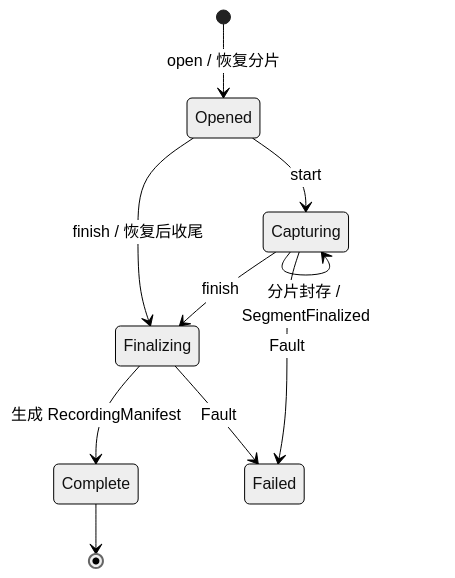
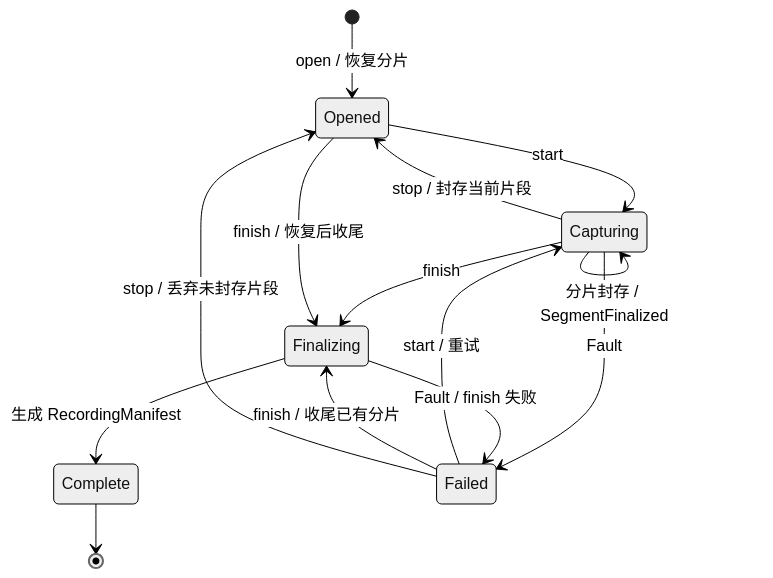
Before and after one commit to BUAA-OJ/CVBBMSO: the diagram in docs/design/crates/cvbbmso-recorder.md, drawn with Mermaid (neutral theme). The commit also changed other lines of this file and 9 other files, not shown here.

````diff
--- a/docs/design/crates/cvbbmso-recorder.md
+++ b/docs/design/crates/cvbbmso-recorder.md
@@ -91,12 +97,16 @@
 ```mermaid
 stateDiagram-v2
     [*] --> Opened: open / 恢复分片
     Opened --> Capturing: start
     Capturing --> Capturing: 分片封存 / SegmentFinalized
+    Capturing --> Opened: stop / 封存当前片段
     Capturing --> Finalizing: finish
     Opened --> Finalizing: finish / 恢复后收尾
     Finalizing --> Complete: 生成 RecordingManifest
     Capturing --> Failed: Fault
-    Finalizing --> Failed: Fault
+    Finalizing --> Failed: Fault / finish 失败
+    Failed --> Capturing: start / 重试
+    Failed --> Finalizing: finish / 收尾已有分片
+    Failed --> Opened: stop / 丢弃未封存片段
     Complete --> [*]
 ```
````
